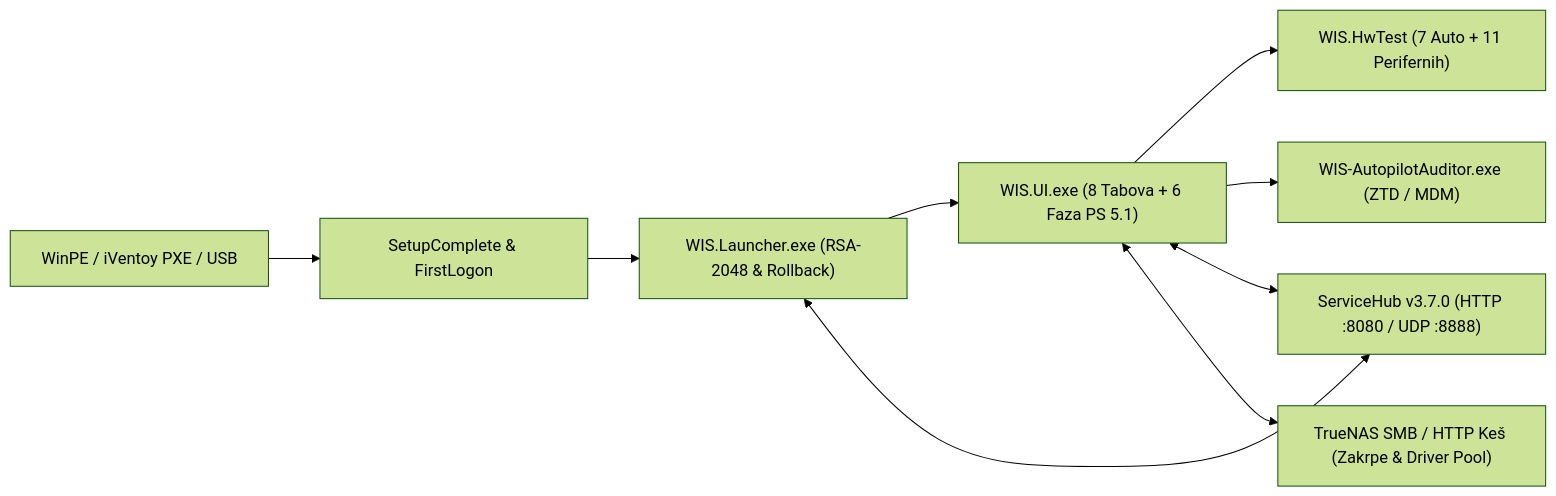
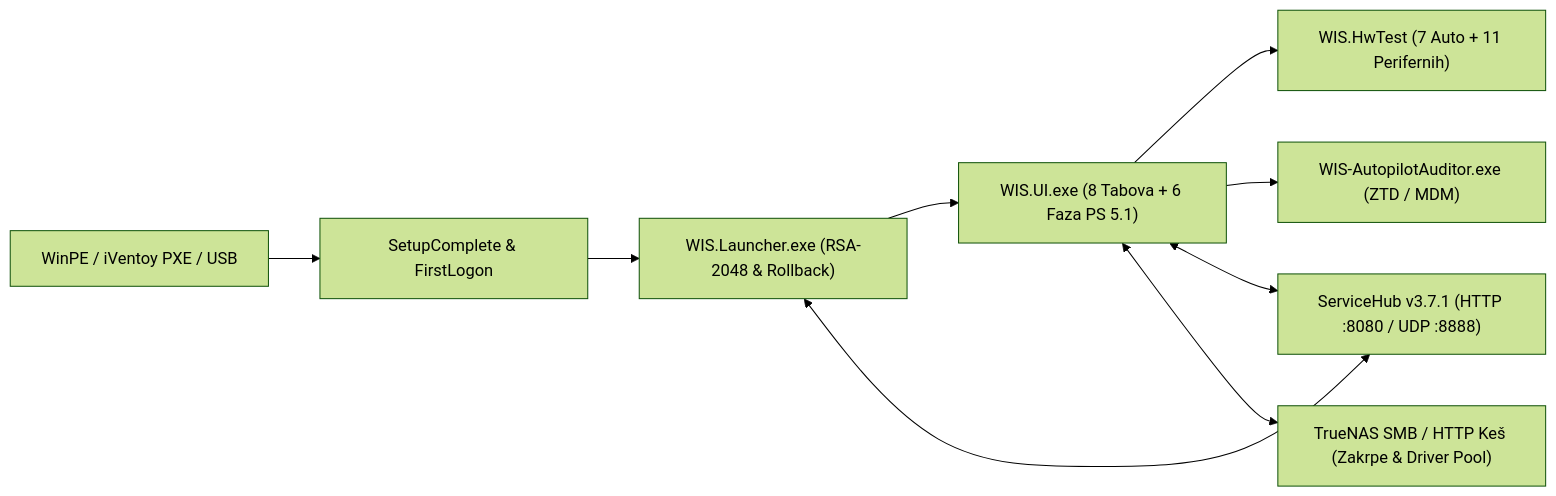
One commit to Gruya13/WIS changed the diagram in README.md. Above: the diagram before and after it, drawn with Mermaid (forest theme). The commit also changed other lines of this file and 50 other files, not shown here.

First line of the commit message:
Release WIS v3.5.4 / ServiceHub v3.7.1 (WIS-TASK-278: Celine A-E)

````diff
--- a/README.md
+++ b/README.md
@@ -38,11 +37,11 @@
 ```mermaid
 flowchart LR
     PXE["WinPE / iVentoy PXE / USB"] --> BOOT["SetupComplete & FirstLogon"]
     BOOT --> LAUNCHER["WIS.Launcher.exe (RSA-2048 & Rollback)"]
     LAUNCHER --> UI["WIS.UI.exe (8 Tabova + 6 Faza PS 5.1)"]
     UI --> HWTEST["WIS.HwTest (7 Auto + 11 Perifernih)"]
     UI --> AUDITOR["WIS-AutopilotAuditor.exe (ZTD / MDM)"]
-    LAUNCHER <--> HUB["ServiceHub v3.7.0 (HTTP :8080 / UDP :8888)"]
+    LAUNCHER <--> HUB["ServiceHub v3.7.1 (HTTP :8080 / UDP :8888)"]
     UI <--> HUB
     UI <--> NAS["TrueNAS SMB / HTTP Keš (Zakrpe & Driver Pool)"]
 ```
````
